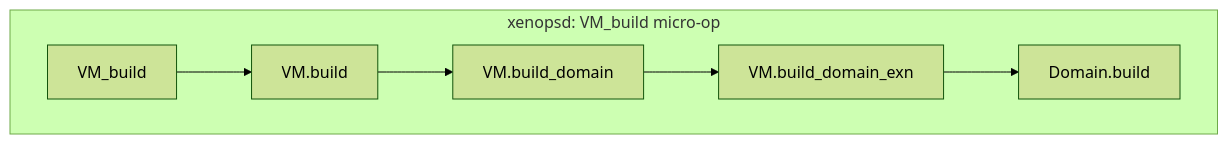
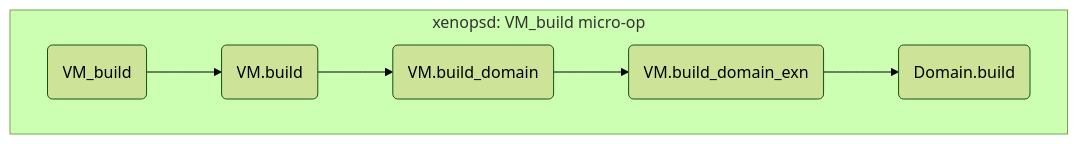
The diagram in doc/content/xenopsd/walkthroughs/VM.build/VM_build-chart.md (xapi-project/xen-api), drawn with Mermaid (forest theme) before and after one commit. The commit also changed 20 other files, not shown here.

````diff
--- a/doc/content/xenopsd/walkthroughs/VM.build/VM_build-chart.md
+++ b/doc/content/xenopsd/walkthroughs/VM.build/VM_build-chart.md
@@ -8,20 +8,24 @@
 ```mermaid
-flowchart
-subgraph xenopsd VM_build[xenopsd:&nbsp;VM_build&nbsp;micro#8209;op]
-direction LR
-VM_build --> VM.build
-VM.build --> VM.build_domain
-VM.build_domain --> VM.build_domain_exn
-VM.build_domain_exn --> Domain.build
+flowchart LR
+
+subgraph xenopsd: VM_build micro-op
+    direction LR
+
+    VM_build(VM_build)
+        --> VM.build(VM.build)
+            --> VM.build_domain(VM.build_domain)
+                --> VM.build_domain_exn(VM.build_domain_exn)
+                    --> Domain.build(Domain.build)
+end
+
 click VM_build "
 https://github.com/xapi-project/xen-api/blob/83555067/ocaml/xenopsd/lib/xenops_server.ml#L2255-L2271" _blank
 click VM.build "
 https://github.com/xapi-project/xen-api/blob/83555067/ocaml/xenopsd/xc/xenops_server_xen.ml#L2290-L2291" _blank
 click VM.build_domain "
 https://github.com/xapi-project/xen-api/blob/83555067/ocaml/xenopsd/xc/xenops_server_xen.ml#L2250-L2288" _blank
 click VM.build_domain_exn "
 https://github.com/xapi-project/xen-api/blob/83555067/ocaml/xenopsd/xc/xenops_server_xen.ml#L2024-L2248" _blank
 click Domain.build "
 https://github.com/xapi-project/xen-api/blob/83555067/ocaml/xenopsd/xc/domain.ml#L1111-L1210" _blank
-end
 ```
````
